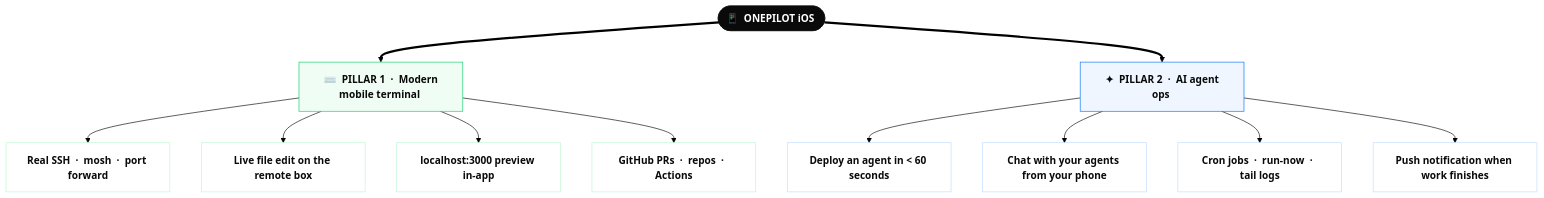
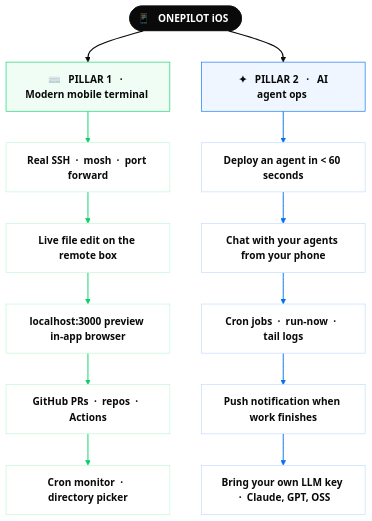
One commit to sofiane8910/onepilotapp changed the first of 3 diagrams in README.md. Above: the diagram before and after it, drawn with Mermaid (forest theme). The commit also changed other lines of this file, not shown here.

Commit message:
README: chain pillar leaves vertically; revert agent flow to LR
The first diagram was rendering short because mermaid lays sibling leaves
horizontally. Chain them vertically (T1 → T2 → T3 → ...) so each pillar
becomes a real column, doubling the diagram height. Add a 5th leaf per
pillar for balance and tint edges per pillar.

Revert the agent-flow diagram to its prior LR form.

````diff
--- a/README.md
+++ b/README.md
@@ -35,28 +35,34 @@
 ```mermaid
 flowchart TB
-    P(["📱 &nbsp;ONEPILOT iOS&nbsp;"])
+    P(["📱 &nbsp;&nbsp;ONEPILOT iOS&nbsp;&nbsp;"])
 
-    P ==> T["&nbsp;⌨️ &nbsp;PILLAR 1 &nbsp;·&nbsp; Modern mobile terminal&nbsp;"]
-    P ==> A["&nbsp;✦ &nbsp;PILLAR 2 &nbsp;·&nbsp; AI agent ops&nbsp;"]
+    P ==> T["&nbsp;⌨️ &nbsp;&nbsp;PILLAR 1 &nbsp;&nbsp;·&nbsp;&nbsp; Modern mobile terminal&nbsp;"]
+    P ==> A["&nbsp;✦ &nbsp;&nbsp;PILLAR 2 &nbsp;&nbsp;·&nbsp;&nbsp; AI agent ops&nbsp;"]
 
     T --> T1["Real SSH &nbsp;·&nbsp; mosh &nbsp;·&nbsp; port forward"]
-    T --> T2["Live file edit on the remote box"]
-    T --> T3["localhost:3000 preview in-app"]
-    T --> T4["GitHub PRs &nbsp;·&nbsp; repos &nbsp;·&nbsp; Actions"]
+    T1 --> T2["Live file edit on the remote box"]
+    T2 --> T3["localhost:3000 preview in-app browser"]
+    T3 --> T4["GitHub PRs &nbsp;·&nbsp; repos &nbsp;·&nbsp; Actions"]
+    T4 --> T5["Cron monitor &nbsp;·&nbsp; directory picker"]
 
     A --> A1["Deploy an agent in &lt; 60 seconds"]
-    A --> A2["Chat with your agents from your phone"]
-    A --> A3["Cron jobs &nbsp;·&nbsp; run-now &nbsp;·&nbsp; tail logs"]
-    A --> A4["Push notification when work finishes"]
+    A1 --> A2["Chat with your agents from your phone"]
+    A2 --> A3["Cron jobs &nbsp;·&nbsp; run-now &nbsp;·&nbsp; tail logs"]
+    A3 --> A4["Push notification when work finishes"]
+    A4 --> A5["Bring your own LLM key &nbsp;·&nbsp; Claude, GPT, OSS"]
+
+    linkStyle 0,1 stroke:#0a0a0a,stroke-width:2px
+    linkStyle 2,3,4,5,6 stroke:#0cce6b,stroke-width:1.5px
+    linkStyle 7,8,9,10,11 stroke:#0070f3,stroke-width:1.5px
 
     classDef root fill:#0a0a0a,stroke:#0a0a0a,color:#fff,font-weight:bold
     classDef pillar1 fill:#f0fdf4,stroke:#0cce6b,color:#0a0a0a,font-weight:bold
     classDef pillar2 fill:#eff6ff,stroke:#0070f3,color:#0a0a0a,font-weight:bold
     classDef leaf1 fill:#ffffff,stroke:#bbf7d0,color:#0a0a0a
     classDef leaf2 fill:#ffffff,stroke:#bfdbfe,color:#0a0a0a
     class P root
     class T pillar1
     class A pillar2
-    class T1,T2,T3,T4 leaf1
-    class A1,A2,A3,A4 leaf2
+    class T1,T2,T3,T4,T5 leaf1
+    class A1,A2,A3,A4,A5 leaf2
 ```
````
